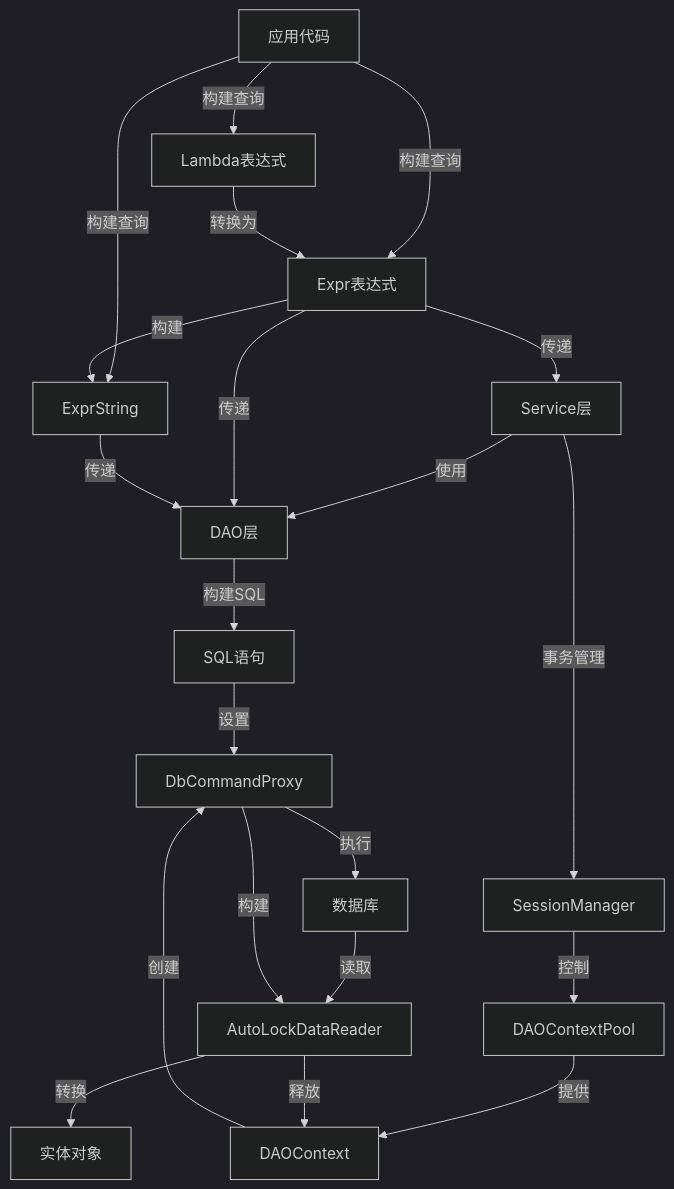
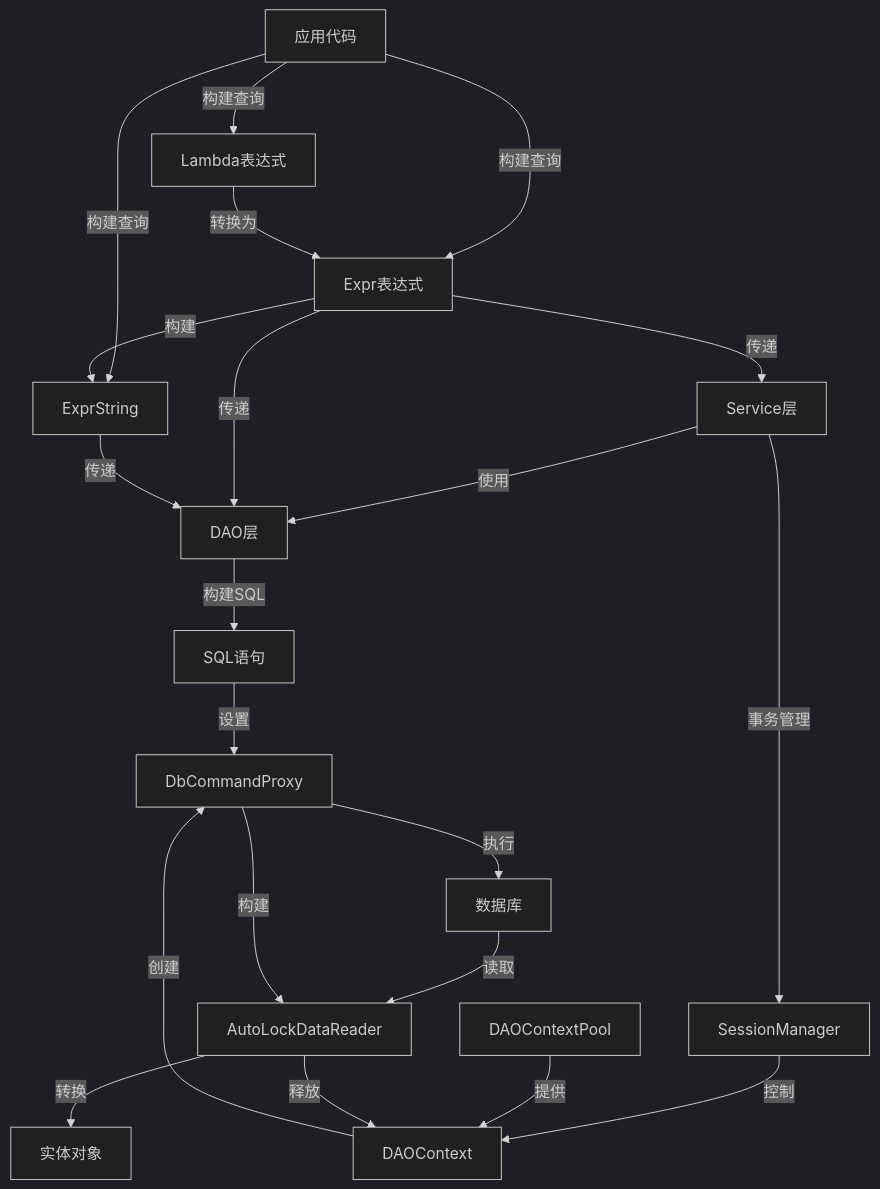
Before and after one commit to danjiewu/LiteOrm: the diagram in CODE_WIKI.md, drawn with Mermaid (dark theme). The commit also changed other lines of this file, not shown here.

Commit message:
feat: 生成项目Code Wiki文档

````diff
--- a/CODE_WIKI.md
+++ b/CODE_WIKI.md
@@ -99,25 +99,25 @@
 ```mermaid
 flowchart TD
     A[应用代码]
     B[Service层]
     B -->|使用| C[DAO层]
     E[DAOContext] -->|创建| J[DbCommandProxy]
     J -->|执行| F[数据库]
     F -->|读取| K[AutoLockDataReader]
     J -->|构建| K
     K -->|转换| L[实体对象]
     A -->|构建查询| G1[Lambda表达式]
     A -->|构建查询| G2[Expr表达式]
     A -->|构建查询| G3[ExprString]
     G1 -->|转换为| G2
     G2 -->|构建| G3
     G2 -->|传递| B
     G2 -->|传递| C
     G3 -->|传递| C
     C -->|构建SQL| H[SQL语句]
     H -->|设置| J
     B -->|事务管理| I[SessionManager]
-    I -->|控制| P[DAOContextPool]
-    P -->|提供| E
+    I -->|控制| E
+    P[DAOContextPool] -->|提供| E
     K -->|释放| E
 ```
````
